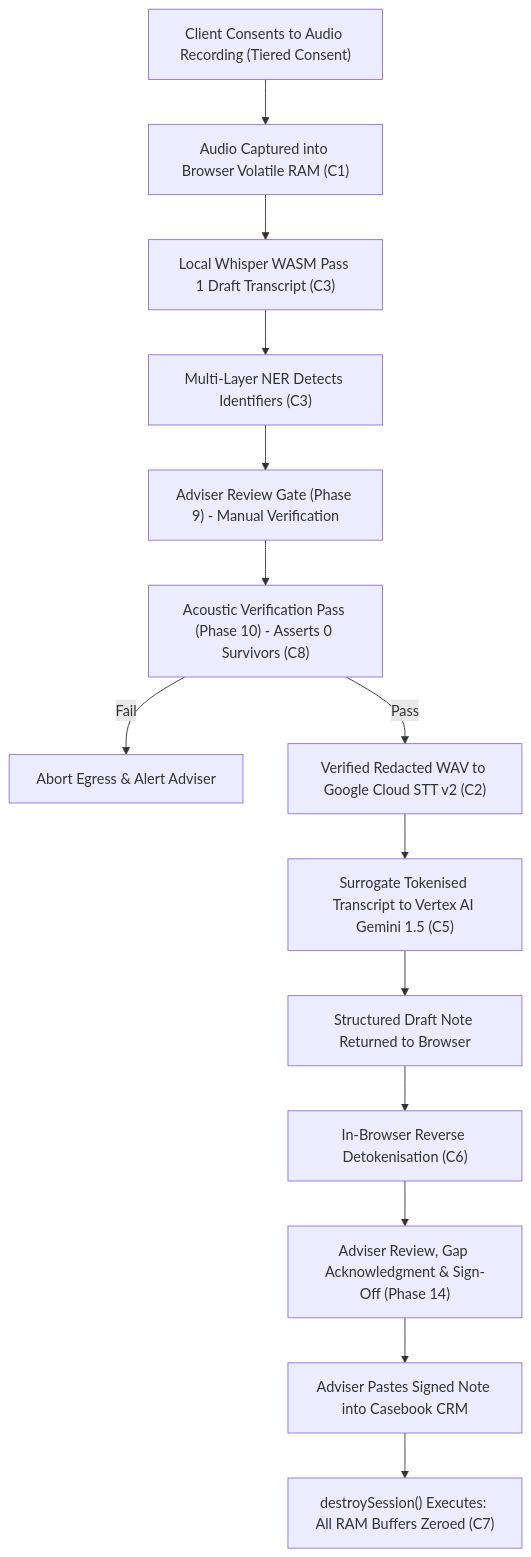
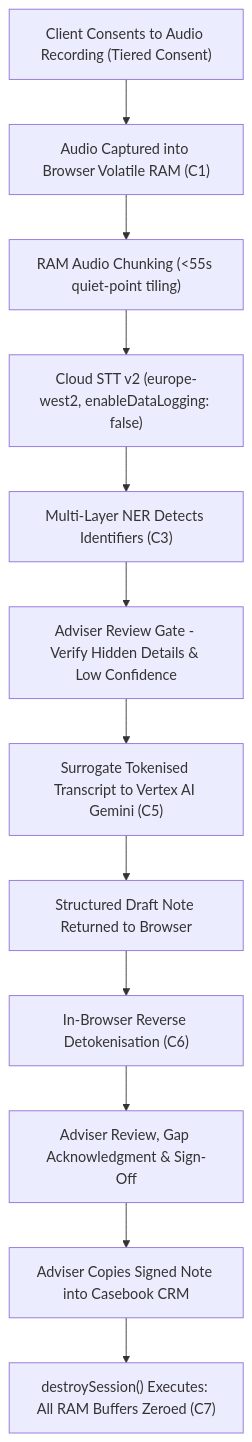
The diagram in docs/governance/dpia-v2.md (AdviceIntelligence/case-ace-v2), drawn with Mermaid before and after one commit. The commit also changed other lines of this file and 25 other files, not shown here.

Commit message:
fix(pilot): sovereign London Cloud STT v2, audio chunker, telemetry alignment, and credential revocation

````diff
--- a/docs/governance/dpia-v2.md
+++ b/docs/governance/dpia-v2.md
@@ -31,16 +31,14 @@
 ```mermaid
 flowchart TD
     A["Client Consents to Audio Recording (Tiered Consent)"] --> B["Audio Captured into Browser Volatile RAM (C1)"]
-    B --> C["Local Whisper WASM Pass 1 Draft Transcript (C3)"]
-    C --> D["Multi-Layer NER Detects Identifiers (C3)"]
-    D --> E["Adviser Review Gate (Phase 9) - Manual Verification"]
-    E --> F["Acoustic Verification Pass (Phase 10) - Asserts 0 Survivors (C8)"]
-    F -->|Fail| Z["Abort Egress & Alert Adviser"]
-    F -->|Pass| G["Verified Redacted WAV to Google Cloud STT v2 (C2)"]
-    G --> H["Surrogate Tokenised Transcript to Vertex AI Gemini 1.5 (C5)"]
-    H --> I["Structured Draft Note Returned to Browser"]
-    I --> J["In-Browser Reverse Detokenisation (C6)"]
-    J --> K["Adviser Review, Gap Acknowledgment & Sign-Off (Phase 14)"]
-    K --> L["Adviser Pastes Signed Note into Casebook CRM"]
-    L --> M["destroySession() Executes: All RAM Buffers Zeroed (C7)"]
+    B --> C["RAM Audio Chunking (<55s quiet-point tiling)"]
+    C --> D["Cloud STT v2 (europe-west2, enableDataLogging: false)"]
+    D --> E["Multi-Layer NER Detects Identifiers (C3)"]
+    E --> F["Adviser Review Gate - Verify Hidden Details & Low Confidence"]
+    F --> G["Surrogate Tokenised Transcript to Vertex AI Gemini (C5)"]
+    G --> H["Structured Draft Note Returned to Browser"]
+    H --> I["In-Browser Reverse Detokenisation (C6)"]
+    I --> J["Adviser Review, Gap Acknowledgment & Sign-Off"]
+    J --> K["Adviser Copies Signed Note into Casebook CRM"]
+    K --> L["destroySession() Executes: All RAM Buffers Zeroed (C7)"]
 ```
````
